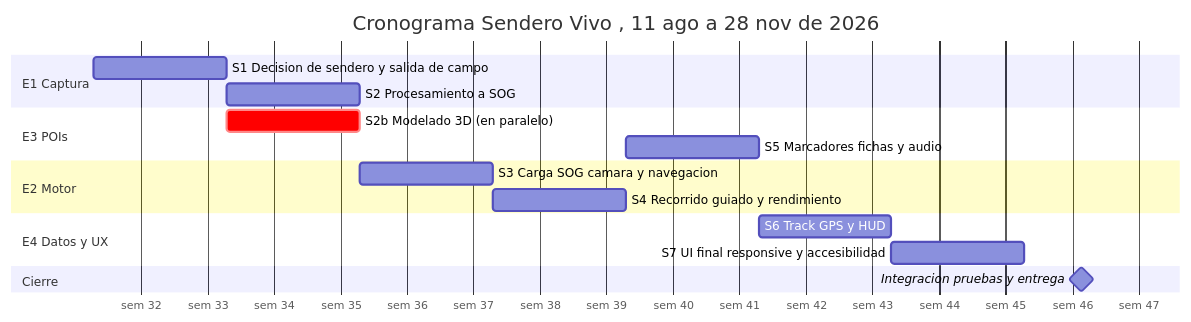
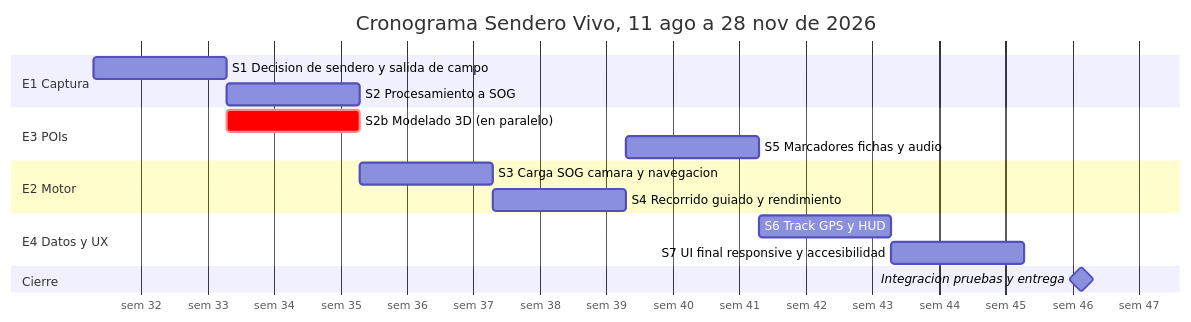
Before and after one commit to JuanUrrego146/SenderoVivo: the diagram in docs/04-actividades-y-roles.md, drawn with Mermaid. The commit also changed 5 other files, not shown here.

````diff
--- a/docs/04-actividades-y-roles.md
+++ b/docs/04-actividades-y-roles.md
@@ -56,25 +56,25 @@
 ```mermaid
 gantt
-    title Cronograma Sendero Vivo , 11 ago a 28 nov de 2026
+    title Cronograma Sendero Vivo, 11 ago a 28 nov de 2026
     dateFormat YYYY-MM-DD
     axisFormat sem %W
 
     section E1 Captura
     S1 Decision de sendero y salida de campo   :e1s1, 2026-08-11, 14d
     S2 Procesamiento a SOG                     :e1s2, 2026-08-25, 14d
 
     section E3 POIs
     S2b Modelado 3D (en paralelo)              :crit, e3s1, 2026-08-25, 14d
     S5 Marcadores fichas y audio               :e3s2, 2026-10-06, 14d
 
     section E2 Motor
     S3 Carga SOG camara y navegacion           :e2s1, 2026-09-08, 14d
     S4 Recorrido guiado y rendimiento          :e2s2, 2026-09-22, 14d
 
     section E4 Datos y UX
     S6 Track GPS y HUD                         :e4s1, 2026-10-20, 14d
     S7 UI final responsive y accesibilidad     :e4s2, 2026-11-03, 14d
 
     section Cierre
     Integracion pruebas y entrega              :milestone, cierre, 2026-11-17, 12d
 ```
````
